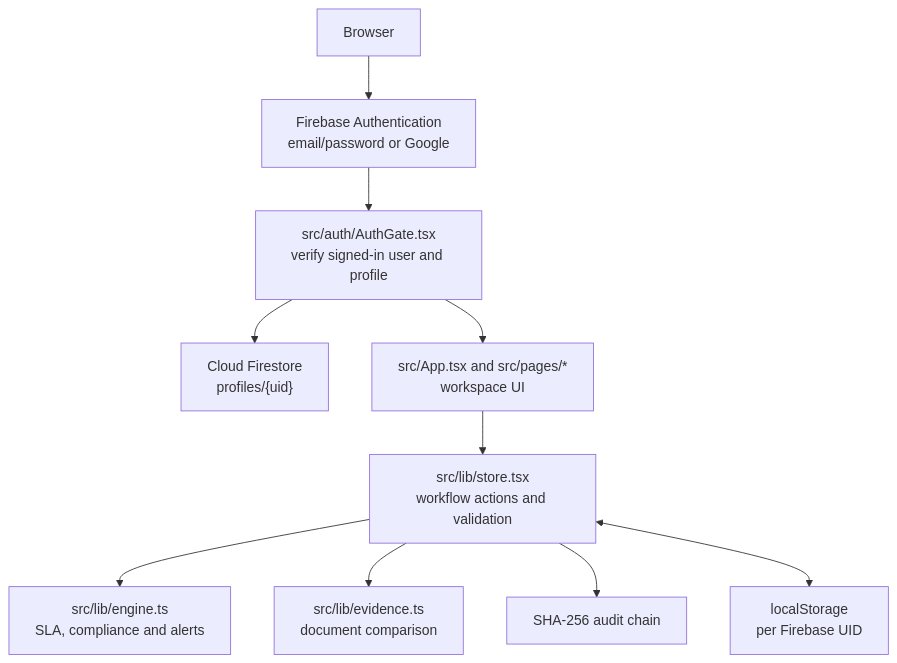
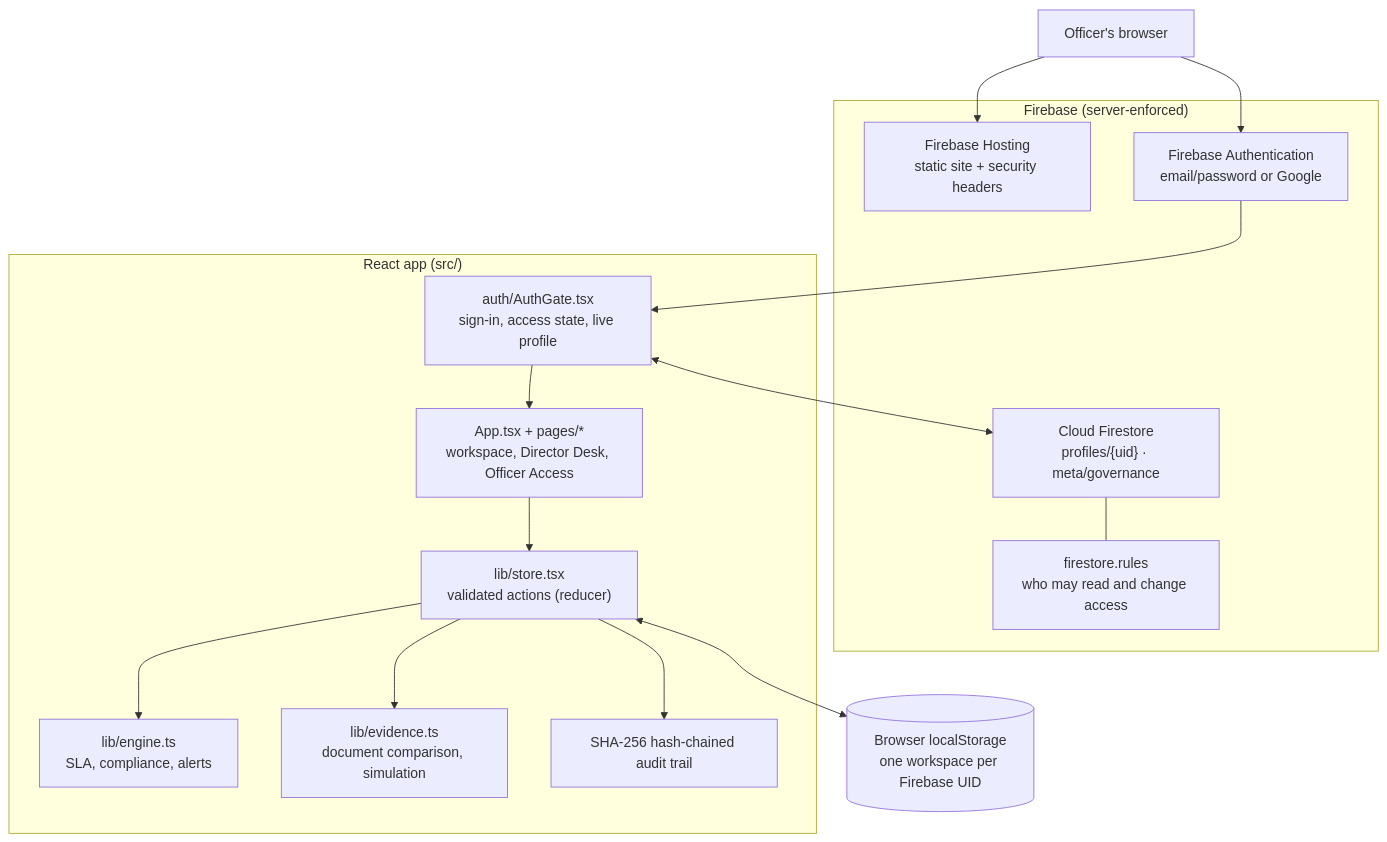
Before and after one commit to krishnnag998-del/Niyantran: the first of 2 diagrams in README.md, drawn with Mermaid. The commit also changed other lines of this file, not shown here.

Commit message:
docs: enhance README with detailed project overview, architecture, and two-person rule for Directors

````diff
--- a/README.md
+++ b/README.md
@@ -9,22 +32,32 @@
 ```mermaid
 flowchart TD
-    Browser["Browser"]
-    Auth["Firebase Authentication<br/>email/password or Google"]
-    Gate["src/auth/AuthGate.tsx<br/>verify signed-in user and profile"]
-    Profile["Cloud Firestore<br/>profiles/{uid}"]
-    App["src/App.tsx and src/pages/*<br/>workspace UI"]
-    Store["src/lib/store.tsx<br/>workflow actions and validation"]
-    Engine["src/lib/engine.ts<br/>SLA, compliance and alerts"]
-    Evidence["src/lib/evidence.ts<br/>document comparison"]
-    Audit["SHA-256 audit chain"]
-    Local["localStorage<br/>per Firebase UID"]
+    User["Officer's browser"]
 
-    Browser --> Auth --> Gate
-    Gate --> Profile
-    Gate --> App
-    App --> Store
+    subgraph Firebase["Firebase (server-enforced)"]
+      Hosting["Firebase Hosting<br/>static site + security headers"]
+      Auth["Firebase Authentication<br/>email/password or Google"]
+      Profiles["Cloud Firestore<br/>profiles/{uid} · meta/governance"]
+      Rules["firestore.rules<br/>who may read and change access"]
+    end
+
+    subgraph App["React app (src/)"]
+      Gate["auth/AuthGate.tsx<br/>sign-in, access state, live profile"]
+      UI["App.tsx + pages/*<br/>workspace, Director Desk, Officer Access"]
+      Store["lib/store.tsx<br/>validated actions (reducer)"]
+      Engine["lib/engine.ts<br/>SLA, compliance, alerts"]
+      Evidence["lib/evidence.ts<br/>document comparison, simulation"]
+      Audit["SHA-256 hash-chained audit trail"]
+    end
+
+    Local[("Browser localStorage<br/>one workspace per Firebase UID")]
+
+    User --> Hosting
+    User --> Auth --> Gate
+    Gate <--> Profiles
+    Profiles --- Rules
+    Gate --> UI --> Store
     Store --> Engine
     Store --> Evidence
     Store --> Audit
     Store <--> Local
 ```
````
